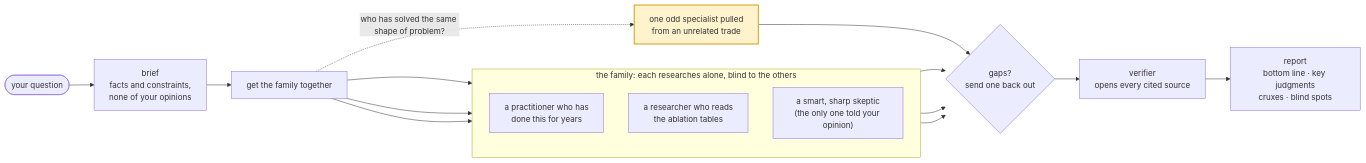
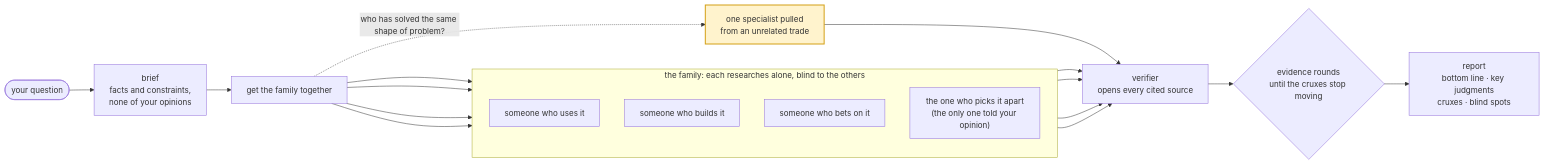
Before and after one commit to xhyumiracle/family-skill: the diagram in README.md, drawn with Mermaid. The commit also changed 4 other files, not shown here.

Commit message:
0.4.2: description and diagrams match the 0.4 family

````diff
--- a/README.md
+++ b/README.md
@@ -15,18 +15,19 @@
 ```mermaid
 flowchart LR
   Q([your question]) --> B["brief<br/>facts and constraints,<br/>none of your opinions"]
   B --> C["get the family together"]
   subgraph crew ["the family: each researches alone, blind to the others"]
     direction TB
-    S1["a practitioner who has<br/>done this for years"]
-    S2["a researcher who reads<br/>the ablation tables"]
-    S4["a smart, sharp skeptic<br/>(the only one told your opinion)"]
+    S1["someone who uses it"]
+    S2["someone who builds it"]
+    S3["someone who bets on it"]
+    S4["the one who picks it apart<br/>(the only one told your opinion)"]
   end
-  O["one odd specialist pulled<br/>from an unrelated trade"]:::far
-  C --> S1 & S2 & S4
+  O["one specialist pulled<br/>from an unrelated trade"]:::far
+  C --> S1 & S2 & S3 & S4
   C -. "who has solved the same shape of problem?" .-> O
-  S1 & S2 & S4 & O --> G{"gaps?<br/>send one back out"}
-  G --> V["verifier<br/>opens every cited source"]
-  V --> R["report<br/>bottom line · key judgments<br/>cruxes · blind spots"]
+  S1 & S2 & S3 & S4 & O --> V["verifier<br/>opens every cited source"]
+  V --> E{"evidence rounds<br/>until the cruxes stop moving"}
+  E --> R["report<br/>bottom line · key judgments<br/>cruxes · blind spots"]
   classDef far fill:#fff3cd,stroke:#d4a017,stroke-width:2px
 ```
````
